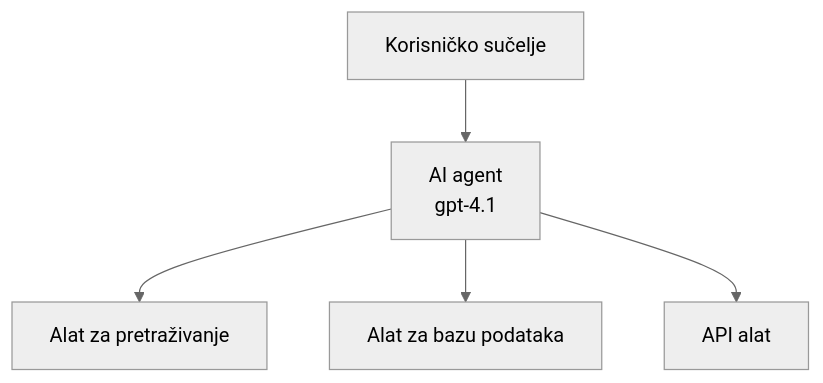
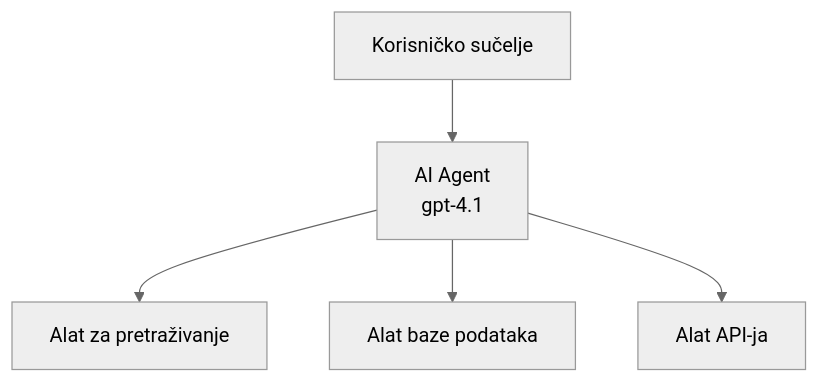
One commit to microsoft/AZD-for-beginners changed the first of 3 diagrams in translations/hr/docs/chapter-02-ai-development/agents.md. Above: the diagram before and after it, drawn with Mermaid (neutral theme). The commit also changed other lines of this file and 101 other files, not shown here.

````diff
--- a/translations/hr/docs/chapter-02-ai-development/agents.md
+++ b/translations/hr/docs/chapter-02-ai-development/agents.md
@@ -152,7 +157,7 @@
 ```mermaid
 graph TD
-    UI[Korisničko sučelje] --> Agent[AI agent<br/>gpt-4.1]
+    UI[Korisničko sučelje] --> Agent[AI Agent<br/>gpt-4.1]
     Agent --> Search[Alat za pretraživanje]
-    Agent --> Database[Alat za bazu podataka]
-    Agent --> API[API alat]
+    Agent --> Database[Alat baze podataka]
+    Agent --> API[Alat API-ja]
 ```
````
